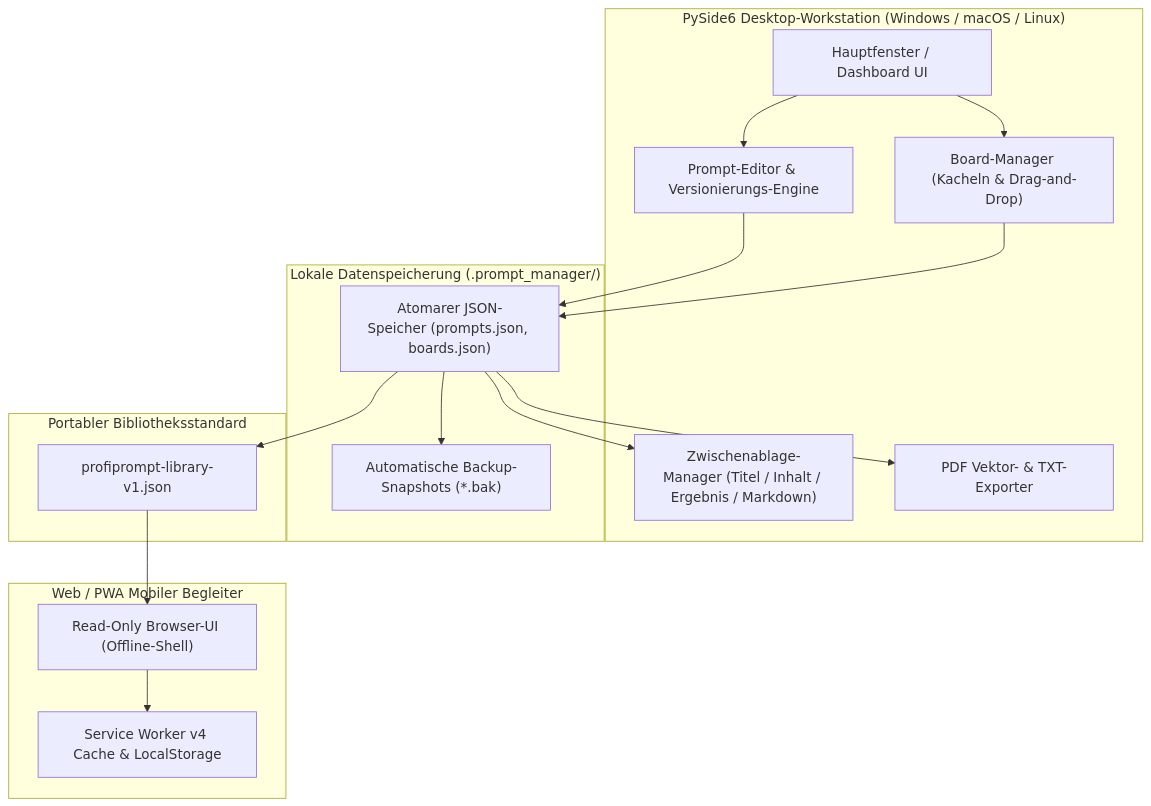
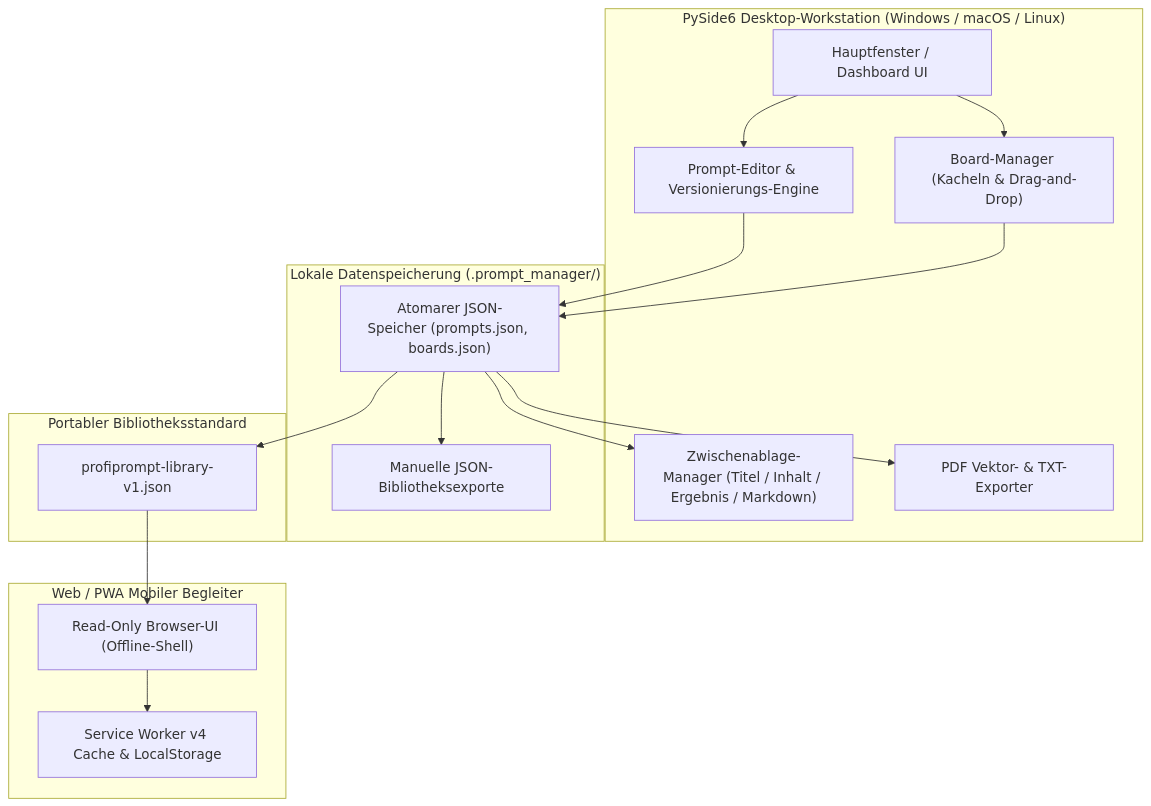
One commit to file-bricks/ProfiPrompt changed the first of 2 diagrams in README_de.md. Above: the diagram before and after it, drawn with Mermaid. The commit also changed other lines of this file and 78 other files, not shown here.

````diff
--- a/README_de.md
+++ b/README_de.md
@@ -128,35 +128,35 @@
 ```mermaid
 flowchart TD
     subgraph DesktopApp["PySide6 Desktop-Workstation (Windows / macOS / Linux)"]
         UI["Hauptfenster / Dashboard UI"]
         BM["Board-Manager (Kacheln & Drag-and-Drop)"]
         PM["Prompt-Editor & Versionierungs-Engine"]
         CM["Zwischenablage-Manager (Titel / Inhalt / Ergebnis / Markdown)"]
         EX["PDF Vektor- & TXT-Exporter"]
     end
 
     subgraph Storage["Lokale Datenspeicherung (.prompt_manager/)"]
         JSONStore["Atomarer JSON-Speicher (prompts.json, boards.json)"]
-        BackupStore["Automatische Backup-Snapshots (*.bak)"]
+        BackupStore["Manuelle JSON-Bibliotheksexporte"]
     end
 
     subgraph ExportFormat["Portabler Bibliotheksstandard"]
         LibJSON["profiprompt-library-v1.json"]
     end
 
     subgraph Companion["Web / PWA Mobiler Begleiter"]
         PWA["Read-Only Browser-UI (Offline-Shell)"]
         LocalCache["Service Worker v4 Cache & LocalStorage"]
     end
 
     UI --> PM
     UI --> BM
     PM --> JSONStore
     BM --> JSONStore
     JSONStore --> BackupStore
     JSONStore --> CM
     JSONStore --> EX
     JSONStore --> LibJSON
     LibJSON --> PWA
     PWA --> LocalCache
 ```
````
